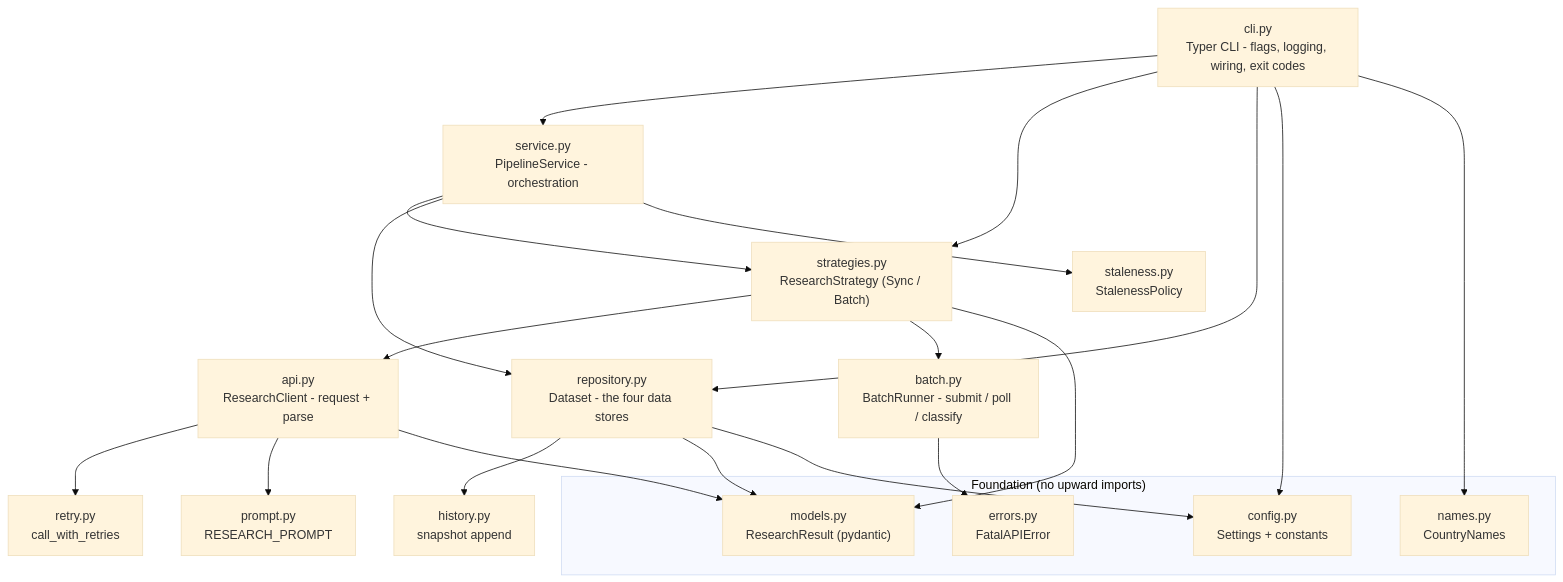
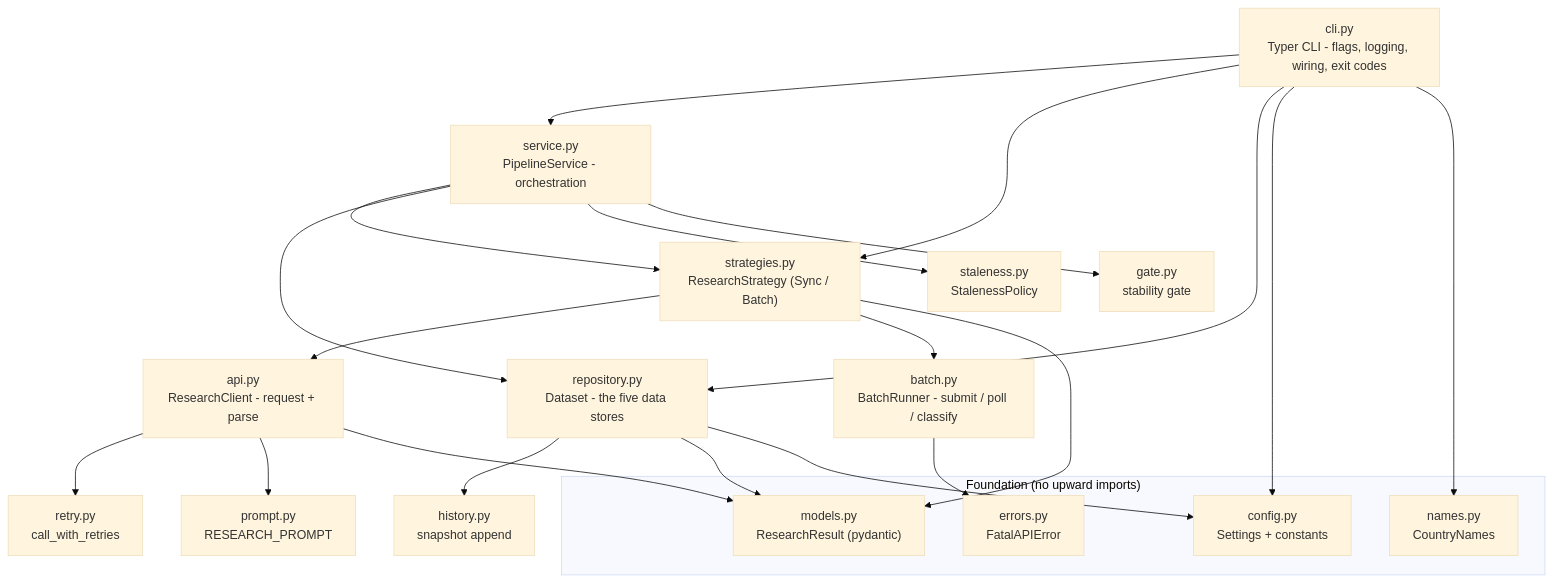
The first of 9 diagrams in scripts/regulation_pipeline/README.md (riadeane/airegulationmap), drawn with Mermaid (base theme) before and after one commit. The commit also changed other lines of this file and 24 other files, not shown here.

First line of the commit message:
feat(pipeline): stability gate, calibration break, and v3 rubric anchors

````diff
--- a/scripts/regulation_pipeline/README.md
+++ b/scripts/regulation_pipeline/README.md
@@ -26,36 +26,37 @@
 ```mermaid
 flowchart TD
     CLI["cli.py<br/>Typer CLI - flags, logging, wiring, exit codes"]
 
     CLI --> SVC["service.py<br/>PipelineService - orchestration"]
     CLI --> STRAT
     CLI --> REPO
 
     SVC --> STRAT["strategies.py<br/>ResearchStrategy (Sync / Batch)"]
-    SVC --> REPO["repository.py<br/>Dataset - the four data stores"]
+    SVC --> REPO["repository.py<br/>Dataset - the five data stores"]
     SVC --> STALE["staleness.py<br/>StalenessPolicy"]
+    SVC --> GATE["gate.py<br/>stability gate"]
 
     STRAT --> API["api.py<br/>ResearchClient - request + parse"]
     STRAT --> BATCH["batch.py<br/>BatchRunner - submit / poll / classify"]
 
     API --> RETRY["retry.py<br/>call_with_retries"]
     API --> PROMPT["prompt.py<br/>RESEARCH_PROMPT"]
 
     REPO --> HIST["history.py<br/>snapshot append"]
 
     STRAT --> MODELS
     API --> MODELS
     REPO --> MODELS
     BATCH --> ERR
 
     subgraph foundation["Foundation (no upward imports)"]
         MODELS["models.py<br/>ResearchResult (pydantic)"]
         CFG["config.py<br/>Settings + constants"]
         ERR["errors.py<br/>FatalAPIError"]
         NAMES["names.py<br/>CountryNames"]
     end
 
     CLI --> CFG
     CLI --> NAMES
     REPO --> CFG
 ```
````
